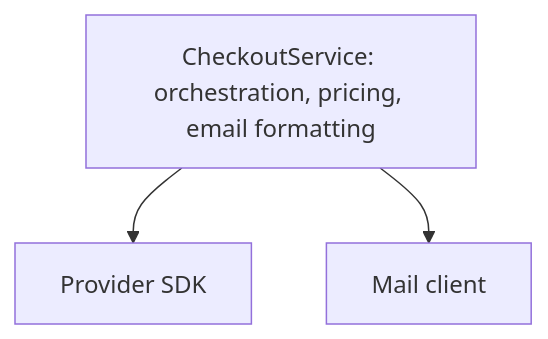
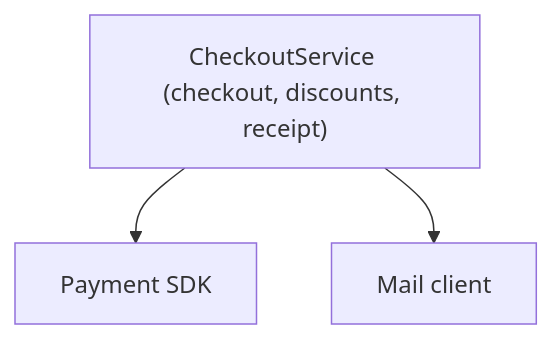
The first of 2 diagrams in skills/cleany-review/examples/review.md (tarassov/cleany-code), drawn with Mermaid before and after one commit. The commit also changed other lines of this file and 4 other files, not shown here.

````diff
--- a/skills/cleany-review/examples/review.md
+++ b/skills/cleany-review/examples/review.md
@@ -9,5 +11,5 @@
 ```mermaid
 flowchart TD
- A[CheckoutService: orchestration, pricing, email formatting] --> B[Provider SDK]
- A --> C[Mail client]
+ A["CheckoutService (checkout, discounts, receipt)"] --> B["Payment SDK"]
+ A --> C["Mail client"]
 ```
````
